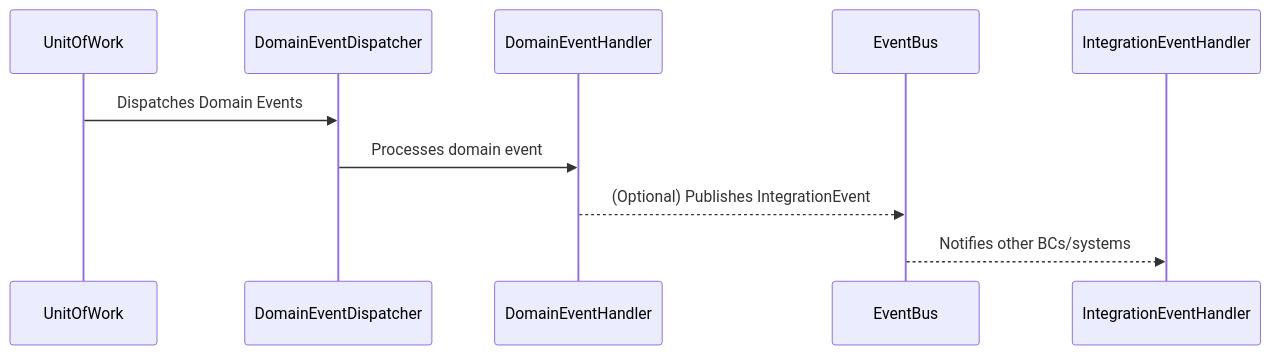
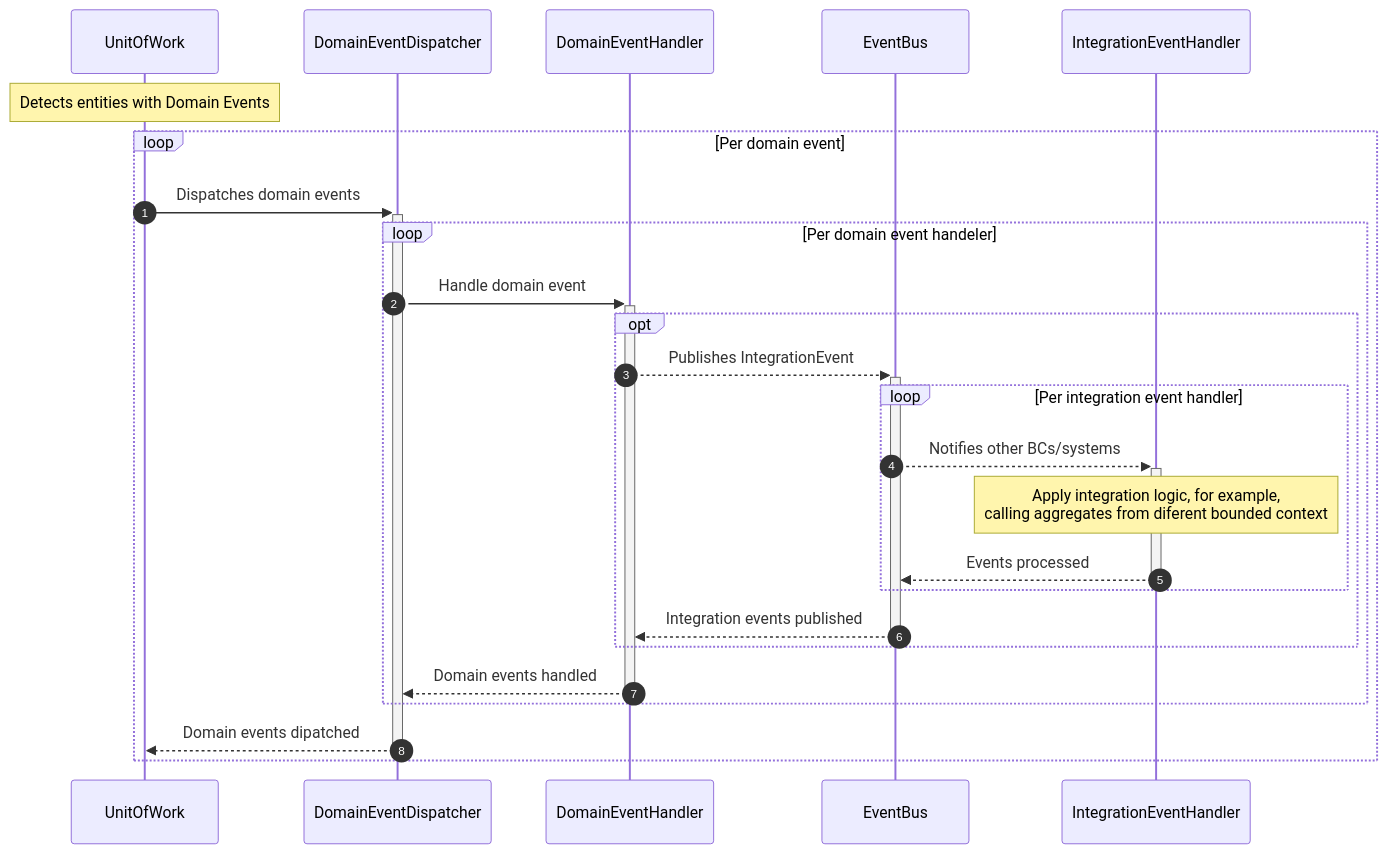
Before and after one commit to litoralcreativo/AkataAcademy: the third of 5 diagrams in README.md, drawn with Mermaid. The commit also changed other lines of this file, not shown here.

First line of the commit message:
Enhance README.md structure and diagrams

````diff
--- a/README.md
+++ b/README.md
@@ -162,13 +187,30 @@
 ```mermaid
 sequenceDiagram
+    autonumber
+
     participant UnitOfWork
     participant DomainEventDispatcher
     participant DomainEventHandler
     participant EventBus
     participant IntegrationEventHandler
 
-    UnitOfWork->>DomainEventDispatcher: Dispatches Domain Events
-    DomainEventDispatcher->>DomainEventHandler: Processes domain event
-    DomainEventHandler-->>EventBus: (Optional) Publishes IntegrationEvent
-    EventBus-->>IntegrationEventHandler: Notifies other BCs/systems
+    Note over UnitOfWork: Detects entities with Domain Events
+    loop Per domain event
+        UnitOfWork->>+DomainEventDispatcher: Dispatches domain events
+        loop Per domain event handeler
+            DomainEventDispatcher->>+DomainEventHandler: Handle domain event
+            opt
+                DomainEventHandler-->>+EventBus: Publishes IntegrationEvent
+                loop Per integration event handler
+                    EventBus-->>+IntegrationEventHandler: Notifies other BCs/systems
+                        Note over IntegrationEventHandler: Apply integration logic, for example,<br>calling aggregates from diferent bounded context
+
+                    IntegrationEventHandler-->>-EventBus: Events processed
+                end
+                EventBus-->>-DomainEventHandler: Integration events published
+            end
+            DomainEventHandler-->>-DomainEventDispatcher: Domain events handled
+        end
+        DomainEventDispatcher-->>-UnitOfWork: Domain events dipatched
+    end
 ```
````
